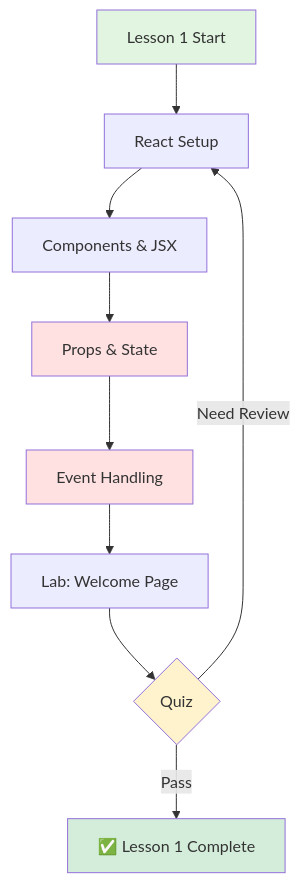
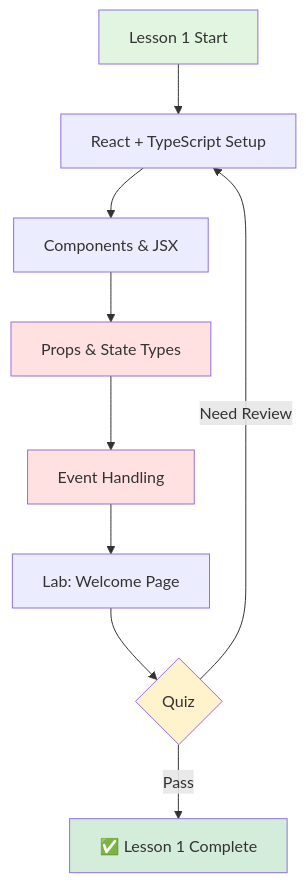
One commit to longndt/react-course changed the third of 8 diagrams in diagrams/course_roadmap.md. Above: the diagram before and after it, drawn with Mermaid. The commit also changed other lines of this file and 32 other files, not shown here.

````diff
--- a/diagrams/course_roadmap.md
+++ b/diagrams/course_roadmap.md
@@ -87,17 +89,17 @@
 ```mermaid
 flowchart TD
-    A[Lesson 1 Start] --> B[React Setup]
+    A[Lesson 1 Start] --> B[React + TypeScript Setup]
     B --> C[Components & JSX]
-    C --> D[Props & State]
+    C --> D[Props & State Types]
     D --> E[Event Handling]
     E --> F[Lab: Welcome Page]
     F --> G{Quiz}
     G -->|Pass| H[✅ Lesson 1 Complete]
     G -->|Need Review| B
 
     style A fill:#e1f5e1
     style H fill:#d4edda
     style G fill:#fff3cd
     style D fill:#ffe1e1
     style E fill:#ffe1e1
 ```
````
